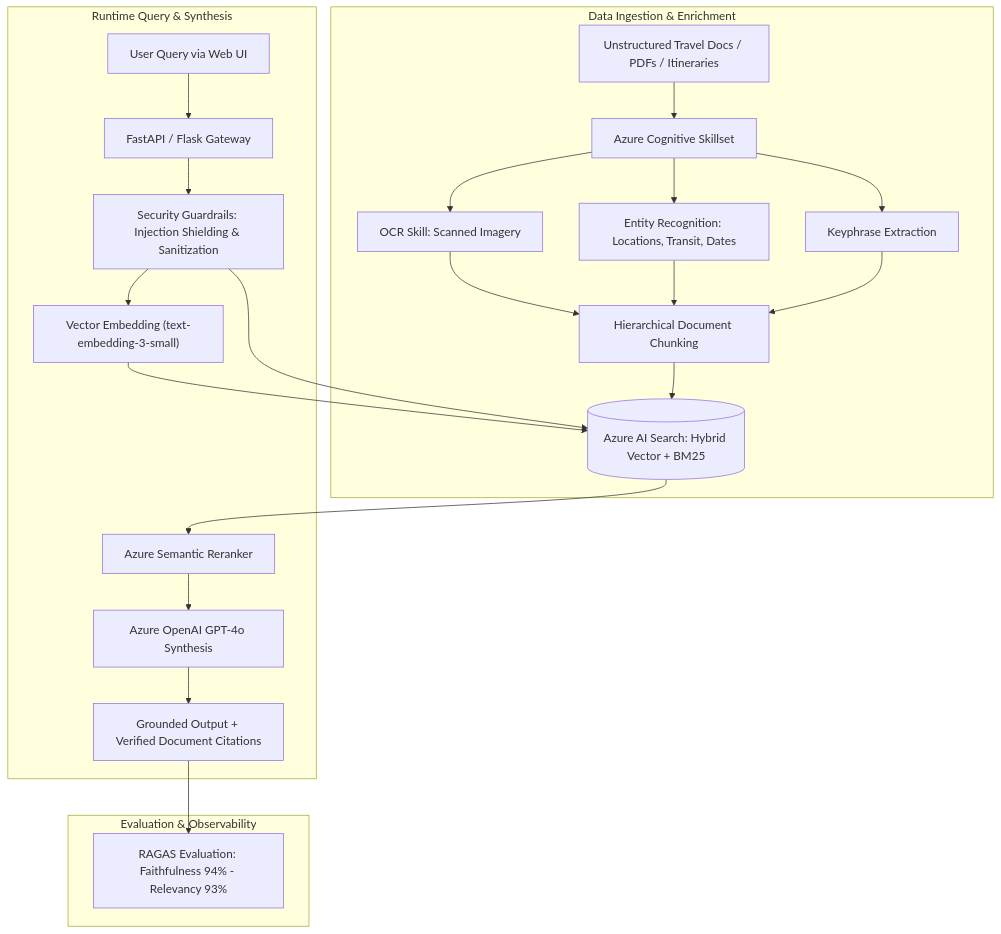
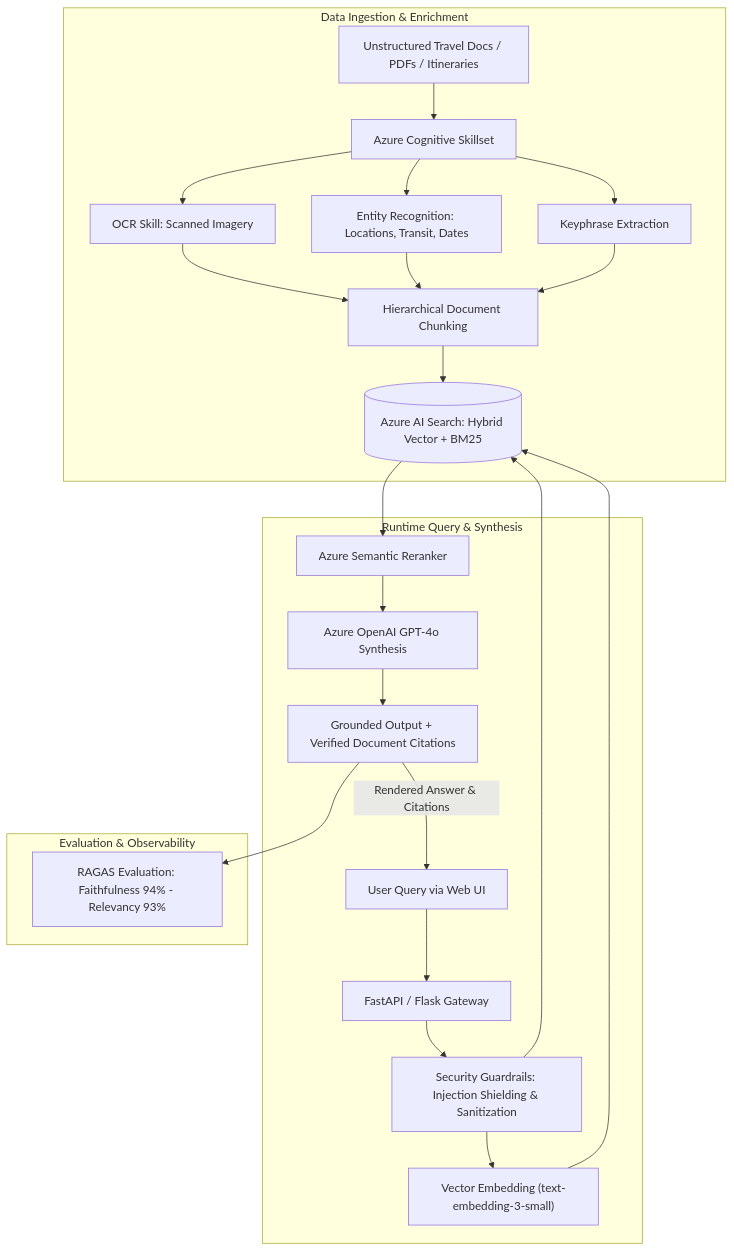
One commit to valluri-anand/enterprise-travel-rag-assistant changed the diagram in README.md. Above: the diagram before and after it, drawn with Mermaid. The commit also changed 2 other files, not shown here.

Commit message:
fix: complete query-response loop in architecture diagram and enhance UI answer rendering with marked.js

````diff
--- a/README.md
+++ b/README.md
@@ -16,28 +16,29 @@
 ```mermaid
 graph TD
     subgraph Ingestion["Data Ingestion & Enrichment"]
         A["Unstructured Travel Docs / PDFs / Itineraries"] --> B["Azure Cognitive Skillset"]
         B --> B1["OCR Skill: Scanned Imagery"]
         B --> B2["Entity Recognition: Locations, Transit, Dates"]
         B --> B3["Keyphrase Extraction"]
         B1 --> C["Hierarchical Document Chunking"]
         B2 --> C
         B3 --> C
         C --> D[("Azure AI Search: Hybrid Vector + BM25")]
     end
 
     subgraph Runtime["Runtime Query & Synthesis"]
         E["User Query via Web UI"] --> F["FastAPI / Flask Gateway"]
         F --> G["Security Guardrails: Injection Shielding & Sanitization"]
         G --> H["Vector Embedding (text-embedding-3-small)"]
         H --> D
         G --> D
         D --> I["Azure Semantic Reranker"]
         I --> J["Azure OpenAI GPT-4o Synthesis"]
         J --> K["Grounded Output + Verified Document Citations"]
+        K -->|"Rendered Answer & Citations"| E
     end
 
     subgraph Evaluation["Evaluation & Observability"]
         K --> L["RAGAS Evaluation: Faithfulness 94% - Relevancy 93%"]
     end
 ```
````
